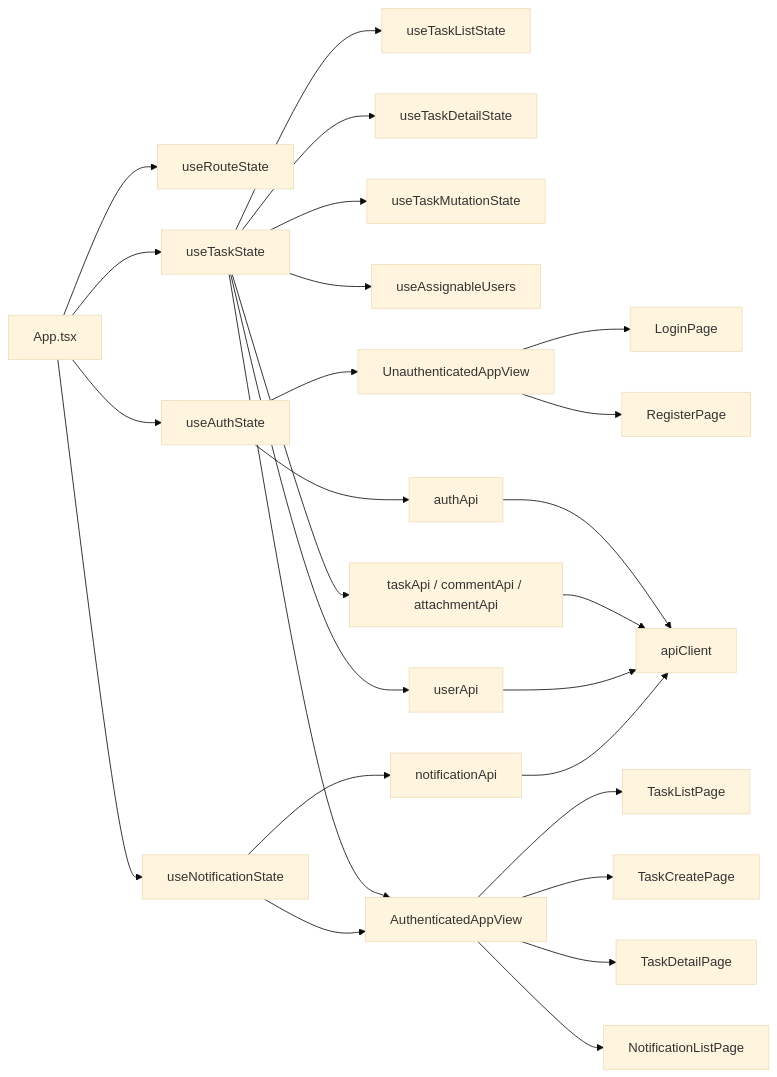
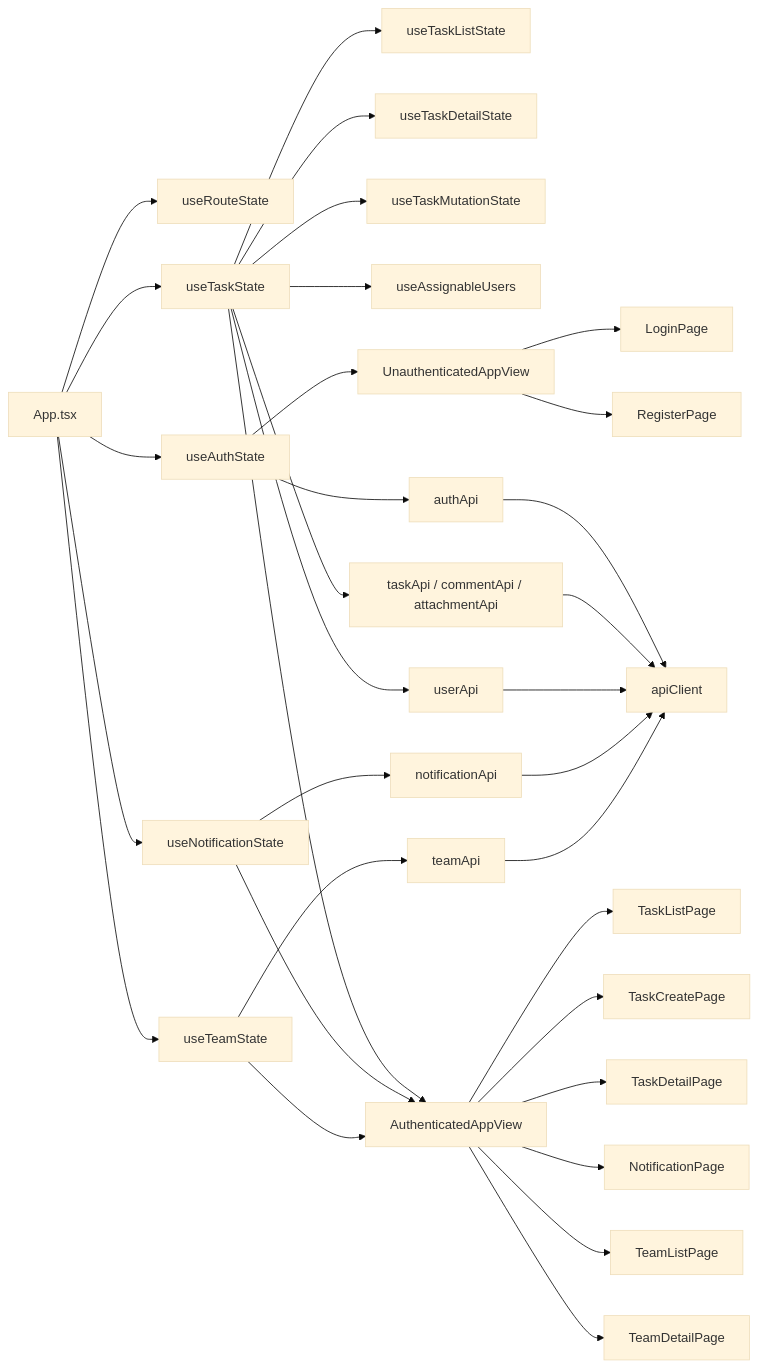
Before and after one commit to kitune-udon/task-manager-app: the diagram in docs/01_設計/14_フロントエンド設計書.md, drawn with Mermaid (base theme). The commit also changed other lines of this file and 9 other files, not shown here.

````diff
--- a/docs/01_設計/14_フロントエンド設計書.md
+++ b/docs/01_設計/14_フロントエンド設計書.md
@@ -30,33 +31,40 @@
 ```mermaid
 flowchart LR
     A["App.tsx"] --> B["useRouteState"]
     A --> C["useAuthState"]
     A --> D["useTaskState"]
     A --> Q["useNotificationState"]
+    A --> T["useTeamState"]
+
     D --> D1["useTaskListState"]
     D --> D2["useTaskDetailState"]
     D --> D3["useTaskMutationState"]
     D --> D4["useAssignableUsers"]
 
     C --> E["UnauthenticatedAppView"]
     D --> F["AuthenticatedAppView"]
     Q --> F
+    T --> F
 
     E --> G["LoginPage"]
     E --> H["RegisterPage"]
 
     F --> I["TaskListPage"]
     F --> J["TaskCreatePage"]
     F --> K["TaskDetailPage"]
-    F --> L["NotificationListPage"]
+    F --> L["NotificationPage"]
+    F --> U["TeamListPage"]
+    F --> V["TeamDetailPage"]
 
     C --> M["authApi"]
     D --> N["taskApi / commentApi / attachmentApi"]
     D --> O["userApi"]
     Q --> R["notificationApi"]
+    T --> W["teamApi"]
 
     M --> P["apiClient"]
     N --> P
     O --> P
     R --> P
+    W --> P
 ```
````
